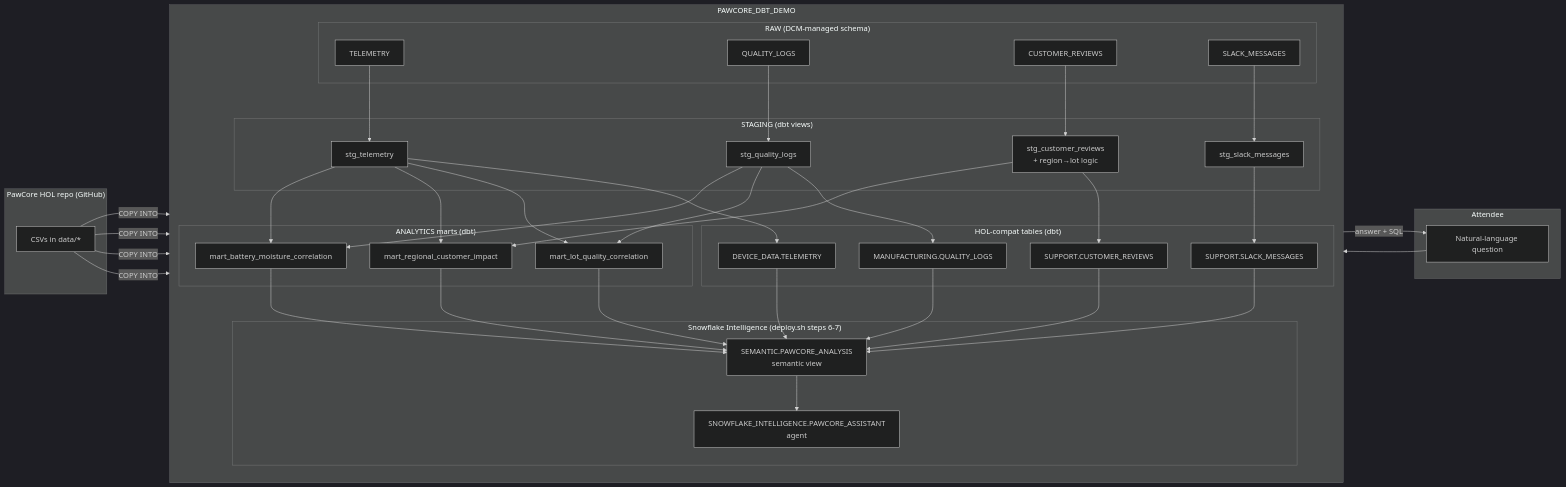
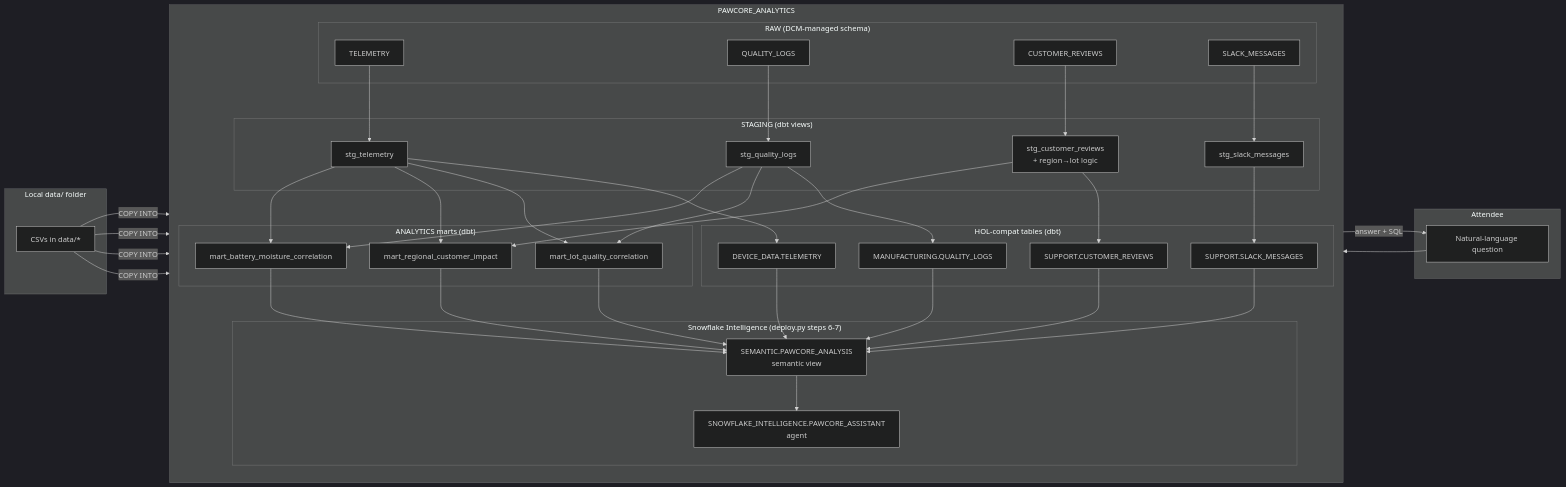
One commit to sfc-gh-jkang/demo-coco-dbt-dcm changed the first of 2 diagrams in docs/architecture.md. Above: the diagram before and after it, drawn with Mermaid (dark theme). The commit also changed other lines of this file and 33 other files, not shown here.

First line of the commit message:
refactor: simplify deploy pipeline and inline data

````diff
--- a/docs/architecture.md
+++ b/docs/architecture.md
@@ -9,73 +9,73 @@
 ```mermaid
 flowchart LR
-    subgraph External["PawCore HOL repo (GitHub)"]
+    subgraph External["Local data/ folder"]
         CSV[CSVs in data/*]
     end
 
-    subgraph Snowflake["PAWCORE_DBT_DEMO"]
+    subgraph Snowflake["PAWCORE_ANALYTICS"]
         direction TB
         subgraph RAW["RAW (DCM-managed schema)"]
             R1[TELEMETRY]
             R2[QUALITY_LOGS]
             R3[CUSTOMER_REVIEWS]
             R4[SLACK_MESSAGES]
         end
 
         subgraph STG["STAGING (dbt views)"]
             S1[stg_telemetry]
             S2[stg_quality_logs]
             S3[stg_customer_reviews<br/>+ region→lot logic]
             S4[stg_slack_messages]
         end
 
         subgraph HOL["HOL-compat tables (dbt)"]
             H1[DEVICE_DATA.TELEMETRY]
             H2[MANUFACTURING.QUALITY_LOGS]
             H3[SUPPORT.CUSTOMER_REVIEWS]
             H4[SUPPORT.SLACK_MESSAGES]
         end
 
         subgraph MART["ANALYTICS marts (dbt)"]
             M1[mart_lot_quality_correlation]
             M2[mart_regional_customer_impact]
             M3[mart_battery_moisture_correlation]
         end
 
-        subgraph AI["Snowflake Intelligence (deploy.sh steps 6-7)"]
+        subgraph AI["Snowflake Intelligence (deploy.py steps 6-7)"]
             SV[SEMANTIC.PAWCORE_ANALYSIS<br/>semantic view]
             AG[SNOWFLAKE_INTELLIGENCE.PAWCORE_ASSISTANT<br/>agent]
         end
     end
 
     subgraph User["Attendee"]
         Q[Natural-language question]
     end
 
     CSV -->|COPY INTO| R1
     CSV -->|COPY INTO| R2
     CSV -->|COPY INTO| R3
     CSV -->|COPY INTO| R4
 
     R1 --> S1 --> H1
     R2 --> S2 --> H2
     R3 --> S3 --> H3
     R4 --> S4 --> H4
 
     S1 --> M1
     S2 --> M1
     S3 --> M2
     S1 --> M2
     S1 --> M3
     S2 --> M3
 
     H1 --> SV
     H2 --> SV
     H3 --> SV
     H4 --> SV
     M1 --> SV
     M2 --> SV
     M3 --> SV
     SV --> AG
     Q --> AG
     AG -->|answer + SQL| Q
 ```
````
